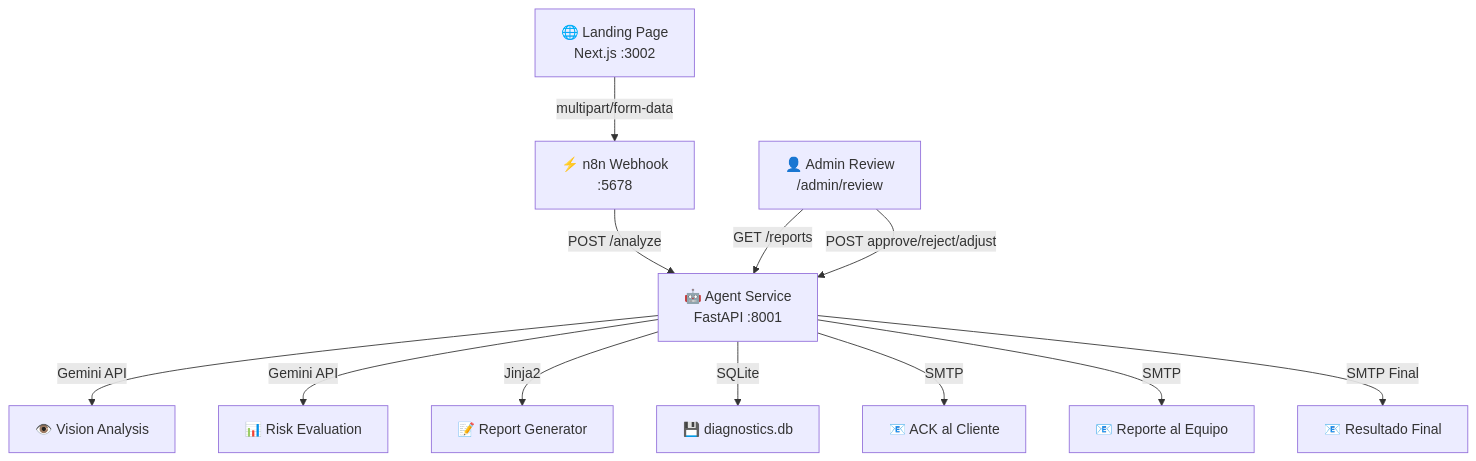
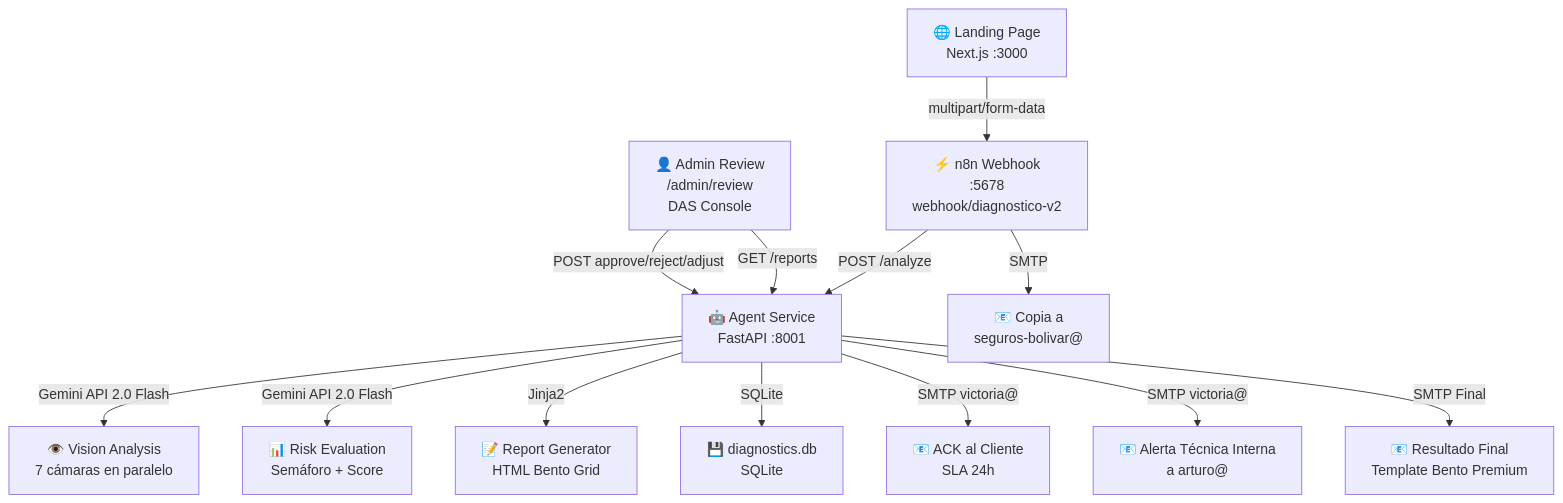
The diagram in projects/diagnostic-automation-suite/SDD_DAS.md (arturo393/dev-agents), drawn with Mermaid before and after one commit. The commit also changed other lines of this file and 2 other files, not shown here.

````diff
--- a/projects/diagnostic-automation-suite/SDD_DAS.md
+++ b/projects/diagnostic-automation-suite/SDD_DAS.md
@@ -14,14 +34,15 @@
 ```mermaid
 graph TB
-    Client["🌐 Landing Page<br/>Next.js :3002"] -->|multipart/form-data| N8N["⚡ n8n Webhook<br/>:5678"]
+    Client["🌐 Landing Page<br/>Next.js :3000"] -->|multipart/form-data| N8N["⚡ n8n Webhook<br/>:5678<br/>webhook/diagnostico-v2"]
     N8N -->|POST /analyze| Agent["🤖 Agent Service<br/>FastAPI :8001"]
-    Agent -->|Gemini API| Vision["👁️ Vision Analysis"]
-    Agent -->|Gemini API| Risk["📊 Risk Evaluation"]
-    Agent -->|Jinja2| Report["📝 Report Generator"]
-    Agent -->|SQLite| DB["💾 diagnostics.db"]
-    Agent -->|SMTP| ACK["📧 ACK al Cliente"]
-    Agent -->|SMTP| Tech["📧 Reporte al Equipo"]
-    Admin["👤 Admin Review<br/>/admin/review"] -->|GET /reports| Agent
+    Agent -->|Gemini API 2.0 Flash| Vision["👁️ Vision Analysis<br/>7 cámaras en paralelo"]
+    Agent -->|Gemini API 2.0 Flash| Risk["📊 Risk Evaluation<br/>Semáforo + Score"]
+    Agent -->|Jinja2| Report["📝 Report Generator<br/>HTML Bento Grid"]
+    Agent -->|SQLite| DB["💾 diagnostics.db<br/>SQLite"]
+    Agent -->|SMTP victoria@| ACK["📧 ACK al Cliente<br/>SLA 24h"]
+    Agent -->|SMTP victoria@| Tech["📧 Alerta Técnica Interna<br/>a arturo@"]
+    Admin["👤 Admin Review<br/>/admin/review<br/>DAS Console"] -->|GET /reports| Agent
     Admin -->|POST approve/reject/adjust| Agent
-    Agent -->|SMTP Final| ClientFinal["📧 Resultado Final"]
+    Agent -->|SMTP Final| ClientFinal["📧 Resultado Final<br/>Template Bento Premium"]
+    N8N -->|SMTP| SB["📧 Copia a<br/>seguros-bolivar@"]
 ```
````
